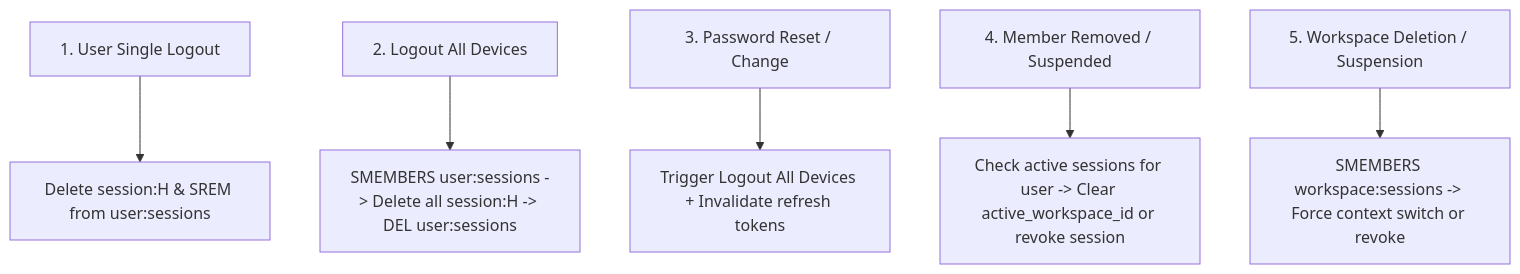
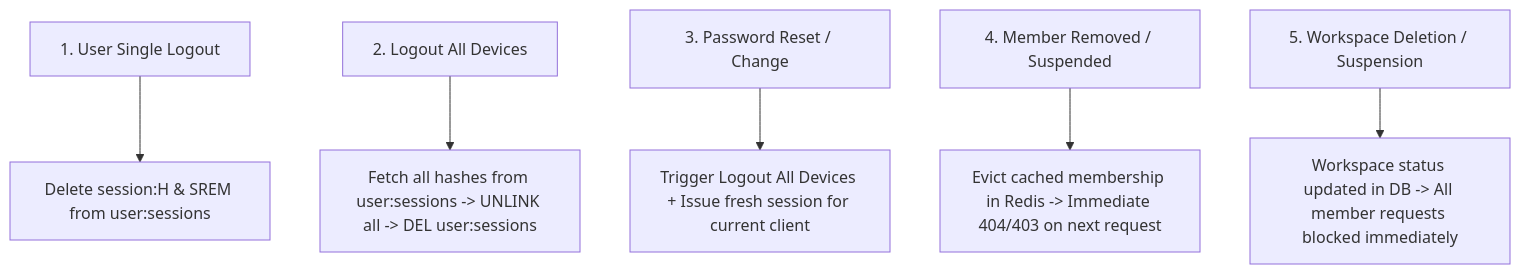
The third of 3 diagrams in docs/saas/authentication.md (imsusanta/facebook-auto-post), drawn with Mermaid before and after one commit. The commit also changed other lines of this file and 10 other files, not shown here.

Commit message:
docs(saas): correct tenant security and architecture assumptions

````diff
--- a/docs/saas/authentication.md
+++ b/docs/saas/authentication.md
@@ -169,8 +178,8 @@
 ```mermaid
 flowchart TD
     Trig1[1. User Single Logout] --> Act1[Delete session:H & SREM from user:sessions]
-    Trig2[2. Logout All Devices] --> Act2[SMEMBERS user:sessions -> Delete all session:H -> DEL user:sessions]
-    Trig3[3. Password Reset / Change] --> Act3[Trigger Logout All Devices + Invalidate refresh tokens]
-    Trig4[4. Member Removed / Suspended] --> Act4[Check active sessions for user -> Clear active_workspace_id or revoke session]
-    Trig5[5. Workspace Deletion / Suspension] --> Act5[SMEMBERS workspace:sessions -> Force context switch or revoke]
+    Trig2[2. Logout All Devices] --> Act2[Fetch all hashes from user:sessions -> UNLINK all -> DEL user:sessions]
+    Trig3[3. Password Reset / Change] --> Act3[Trigger Logout All Devices + Issue fresh session for current client]
+    Trig4[4. Member Removed / Suspended] --> Act4[Evict cached membership in Redis -> Immediate 404/403 on next request]
+    Trig5[5. Workspace Deletion / Suspension] --> Act5[Workspace status updated in DB -> All member requests blocked immediately]
 ```
````
